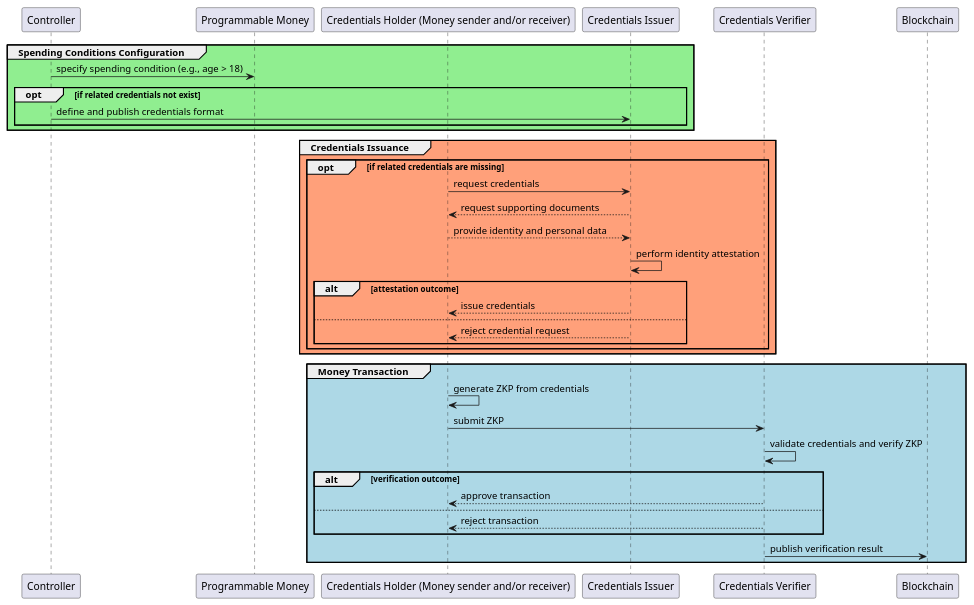
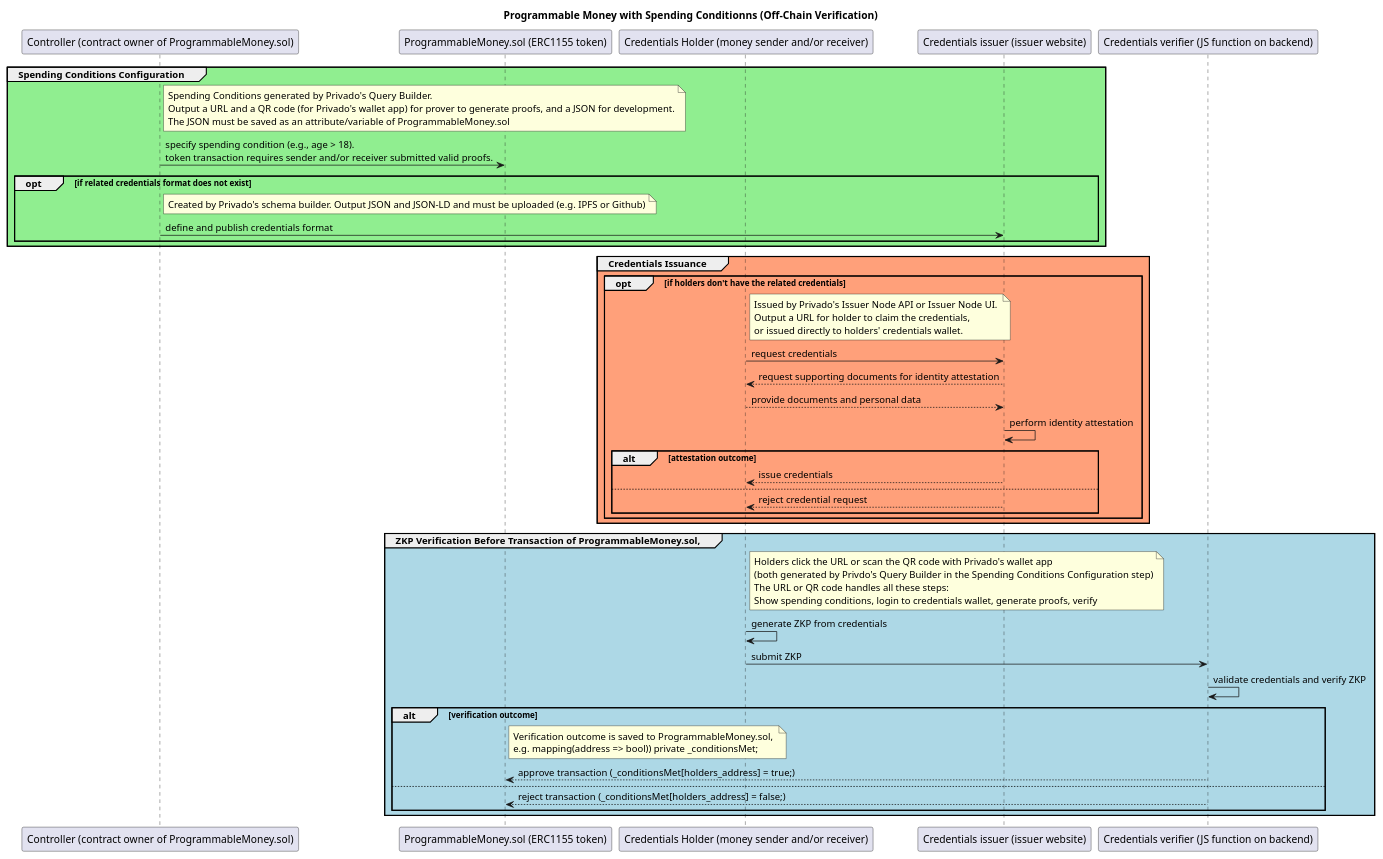
One commit to joeywwong/pm-zkp changed the diagram in docs/sequence_diagram.puml. Above: the diagram before and after it, drawn with PlantUML.

Commit message:
docs: sequence diagram for off-chain verification and specified which system components (e.g. Privado's solution, smart contract, backend) handle the steps.
For some steps, Privado provides solutions and example websites. The URL is in the comments in the .puml file.

```diff
--- a/docs/sequence_diagram.puml
+++ b/docs/sequence_diagram.puml
@@ -1,48 +1,58 @@
 @startuml
-
-participant "Controller" as Controller
-participant "Programmable Money" as Money
-participant "Credentials Holder (Money sender and/or receiver)" as User
-participant "Credentials Issuer" as Issuer
-participant "Credentials Verifier" as Verifier
-participant "Blockchain" as Blockchain
+title Programmable Money with Spending Conditionns (Off-Chain Verification)
+participant "Controller (contract owner of ProgrammableMoney.sol)" as Controller
+participant "ProgrammableMoney.sol (ERC1155 token)" as Money
+participant "Credentials Holder (money sender and/or receiver)" as User
+participant "Credentials issuer (issuer website)" as Issuer
+participant "Credentials verifier (JS function on backend)" as Verifier
+' participant "Blockchain" as Blockchain
 
 ' --- Configure spending conditions of the money ---
 group #lightgreen Spending Conditions Configuration
-    Controller -> Money: specify spending condition (e.g., age > 18)
-    opt if related credentials not exist
+    note right of Controller: Spending Conditions generated by Privado's Query Builder.\nOutput a URL and a QR code (for Privado's wallet app) for prover to generate proofs, and a JSON for development.\nThe JSON must be saved as an attribute/variable of ProgrammableMoney.sol
+    ' https://tools.privado.id/query-builder
+    Controller -> Money: specify spending condition (e.g., age > 18). \ntoken transaction requires sender and/or receiver submitted valid proofs.
+    opt if related credentials format does not exist
+        note right of Controller: Created by Privado's schema builder. Output JSON and JSON-LD and must be uploaded (e.g. IPFS or Github)
+        ' https://tools.privado.id/builder
         Controller -> Issuer: define and publish credentials format
+        
     end
 end
 
 group #lightsalmon Credentials Issuance
-    opt if related credentials are missing
+    opt if holders don't have the related credentials
         ' --- Credential Request and Issuance Phase ---
+        note right of User: Issued by Privado's Issuer Node API or Issuer Node UI. \nOutput a URL for holder to claim the credentials, \nor issued directly to holders' credentials wallet.
+        ' https://docs.privado.id/docs/category/issuer-node-api
+        ' https://docs.privado.id/docs/category/issuer-node-ui
+        ' Demo: https://issuer-demo.privado.id/
         User -> Issuer: request credentials
-        Issuer --> User: request supporting documents
-        User --> Issuer: provide identity and personal data
+        Issuer --> User: request supporting documents for identity attestation
+        User --> Issuer: provide documents and personal data
         Issuer -> Issuer: perform identity attestation
         alt attestation outcome
             Issuer --> User: issue credentials
         else
             Issuer --> User: reject credential request
         end
     end
 end
 
 ' --- Transaction Phase ---
-group #lightblue Money Transaction
+group #lightblue ZKP Verification Before Transaction of ProgrammableMoney.sol, 
+    note right of User: Holders click the URL or scan the QR code with Privado's wallet app \n(both generated by Privdo's Query Builder in the Spending Conditions Configuration step)\nThe URL or QR code handles all these steps:\nShow spending conditions, login to credentials wallet, generate proofs, verify
     User -> User: generate ZKP from credentials
     User -> Verifier: submit ZKP
 
     ' --- Proof Verification and Decision ---
     Verifier -> Verifier: validate credentials and verify ZKP
     alt verification outcome
-        Verifier --> User: approve transaction
+    note right of Money: Verification outcome is saved to ProgrammableMoney.sol, \ne.g. mapping(address => bool)) private _conditionsMet;
+        Verifier --> Money: approve transaction (_conditionsMet[holders_address] = true;)
     else
-        Verifier --> User: reject transaction
+        Verifier --> Money: reject transaction (_conditionsMet[holders_address] = false;)
     end
-    Verifier -> Blockchain: publish verification result
 end
 
 @enduml
```
